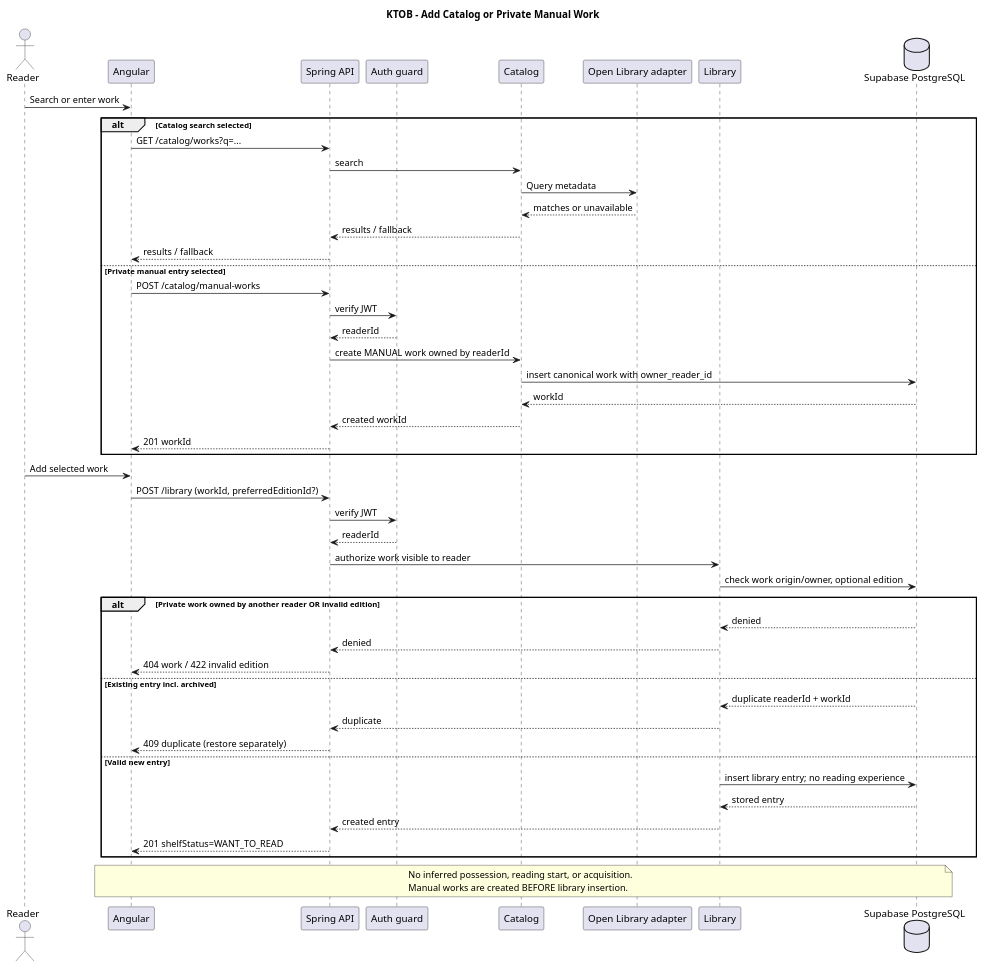
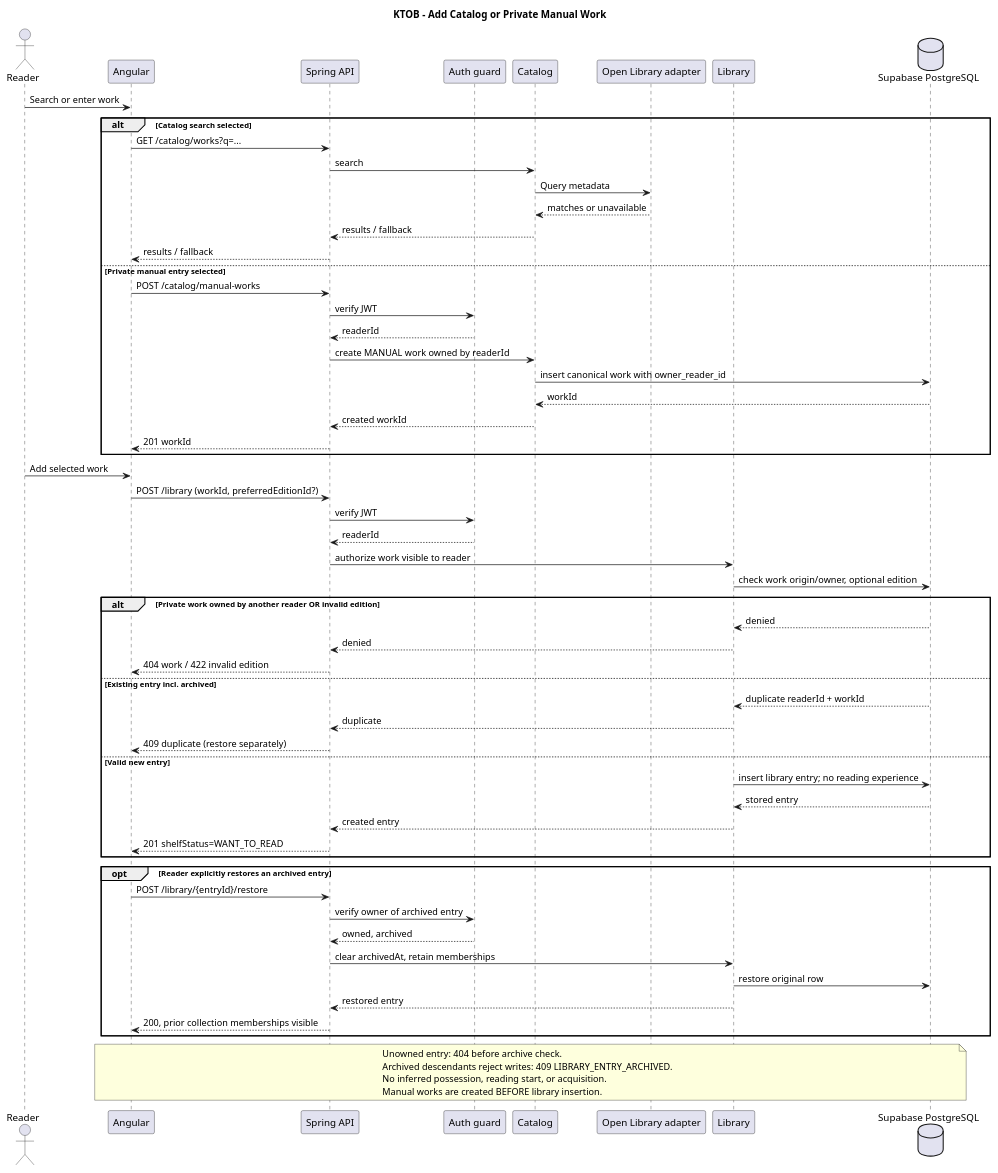
Before and after one commit to Adam-BArbia/ktob-literary-companion: the diagram in docs/uml/07-sequence-add-book.puml, drawn with PlantUML. The commit also changed 15 other files, not shown here.

Commit message:
docs(architecture): resolve final UML, monetary and archival consistency gaps

```diff
--- a/docs/uml/07-sequence-add-book.puml
+++ b/docs/uml/07-sequence-add-book.puml
@@ -1,53 +1,64 @@
 @startuml KTOB_07_sequence_add_book
 title KTOB - Add Catalog or Private Manual Work
 actor Reader
 participant "Angular" as UI
 participant "Spring API" as API
 participant "Auth guard" as Guard
 participant "Catalog" as Catalog
 participant "Open Library adapter" as OL
 participant "Library" as Library
 database "Supabase PostgreSQL" as DB
 Reader -> UI : Search or enter work
 alt Catalog search selected
  UI -> API : GET /catalog/works?q=...
  API -> Catalog : search
  Catalog -> OL : Query metadata
  OL --> Catalog : matches or unavailable
  Catalog --> API : results / fallback
 API --> UI : results / fallback
 else Private manual entry selected
  UI -> API : POST /catalog/manual-works
  API -> Guard : verify JWT
  Guard --> API : readerId
  API -> Catalog : create MANUAL work owned by readerId
  Catalog -> DB : insert canonical work with owner_reader_id
  DB --> Catalog : workId
  Catalog --> API : created workId
 API --> UI : 201 workId
 end
 Reader -> UI : Add selected work
 UI -> API : POST /library (workId, preferredEditionId?)
 API -> Guard : verify JWT
 Guard --> API : readerId
 API -> Library : authorize work visible to reader
 Library -> DB : check work origin/owner, optional edition
 alt Private work owned by another reader OR invalid edition
  DB --> Library : denied
  Library --> API : denied
 API --> UI : 404 work / 422 invalid edition
 else Existing entry incl. archived
  DB --> Library : duplicate readerId + workId
  Library --> API : duplicate
 API --> UI : 409 duplicate (restore separately)
 else Valid new entry
  Library -> DB : insert library entry; no reading experience
  DB --> Library : stored entry
  Library --> API : created entry
 API --> UI : 201 shelfStatus=WANT_TO_READ
 end
+opt Reader explicitly restores an archived entry
+ UI -> API : POST /library/{entryId}/restore
+ API -> Guard : verify owner of archived entry
+ Guard --> API : owned, archived
+ API -> Library : clear archivedAt, retain memberships
+ Library -> DB : restore original row
+ Library --> API : restored entry
+ API --> UI : 200, prior collection memberships visible
+end
 note over UI,DB
+Unowned entry: 404 before archive check.
+Archived descendants reject writes: 409 LIBRARY_ENTRY_ARCHIVED.
 No inferred possession, reading start, or acquisition.
 Manual works are created BEFORE library insertion.
 end note
 @enduml
```
